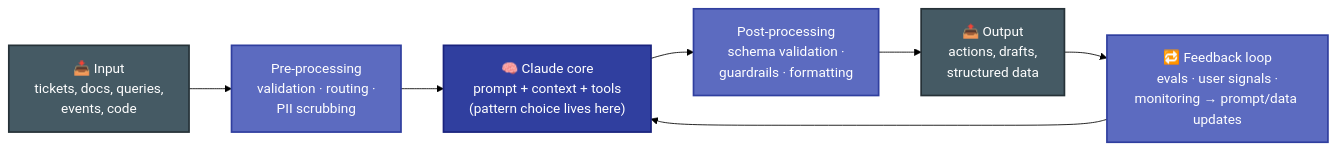
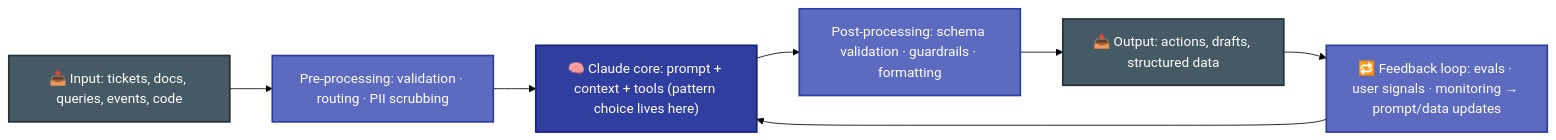
The first of 3 diagrams in CCA-P/domains/d1-solution-design.md (parmar-m/claude-architect-certification-prep), drawn with Mermaid (forest theme) before and after one commit. The commit also changed other lines of this file and 24 other files, not shown here.

Commit message:
fix html tags in mmd diagrams

````diff
--- a/CCA-P/domains/d1-solution-design.md
+++ b/CCA-P/domains/d1-solution-design.md
@@ -14,15 +14,15 @@
 ```mermaid
 flowchart LR
-    IN["📥 Input<br/>tickets, docs, queries,<br/>events, code"] --> PRE["Pre-processing<br/>validation · routing ·<br/>PII scrubbing"]
-    PRE --> CORE["🧠 Claude core<br/>prompt + context + tools<br/>(pattern choice lives here)"]
-    CORE --> POST["Post-processing<br/>schema validation ·<br/>guardrails · formatting"]
-    POST --> OUT["📤 Output<br/>actions, drafts,<br/>structured data"]
-    OUT --> FB["🔁 Feedback loop<br/>evals · user signals ·<br/>monitoring → prompt/data updates"]
+    IN["📥 Input: tickets, docs, queries, events, code"] --> PRE["Pre-processing: validation · routing · PII scrubbing"]
+    PRE --> CORE["🧠 Claude core: prompt + context + tools (pattern choice lives here)"]
+    CORE --> POST["Post-processing: schema validation · guardrails · formatting"]
+    POST --> OUT["📤 Output: actions, drafts, structured data"]
+    OUT --> FB["🔁 Feedback loop: evals · user signals · monitoring → prompt/data updates"]
     FB --> CORE
     classDef core fill:#303F9F,color:#fff,stroke:#1A237E,stroke-width:2px
     classDef stage fill:#5C6BC0,color:#fff,stroke:#303F9F,stroke-width:2px
     classDef io fill:#455A64,color:#fff,stroke:#263238,stroke-width:2px
     class CORE core
     class PRE,POST,FB stage
     class IN,OUT io
 ```
````
